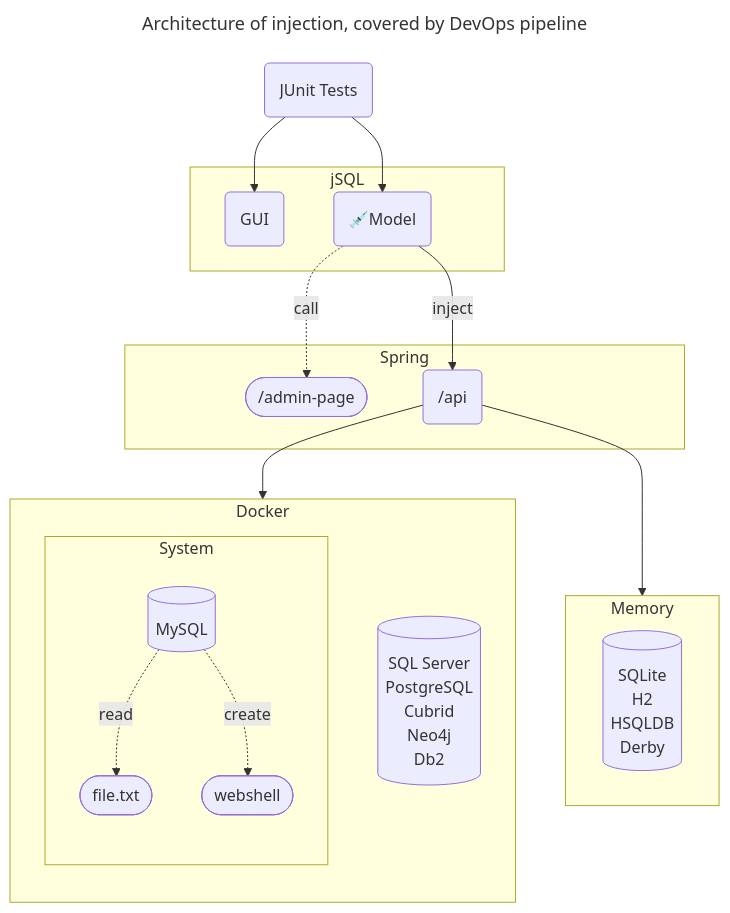
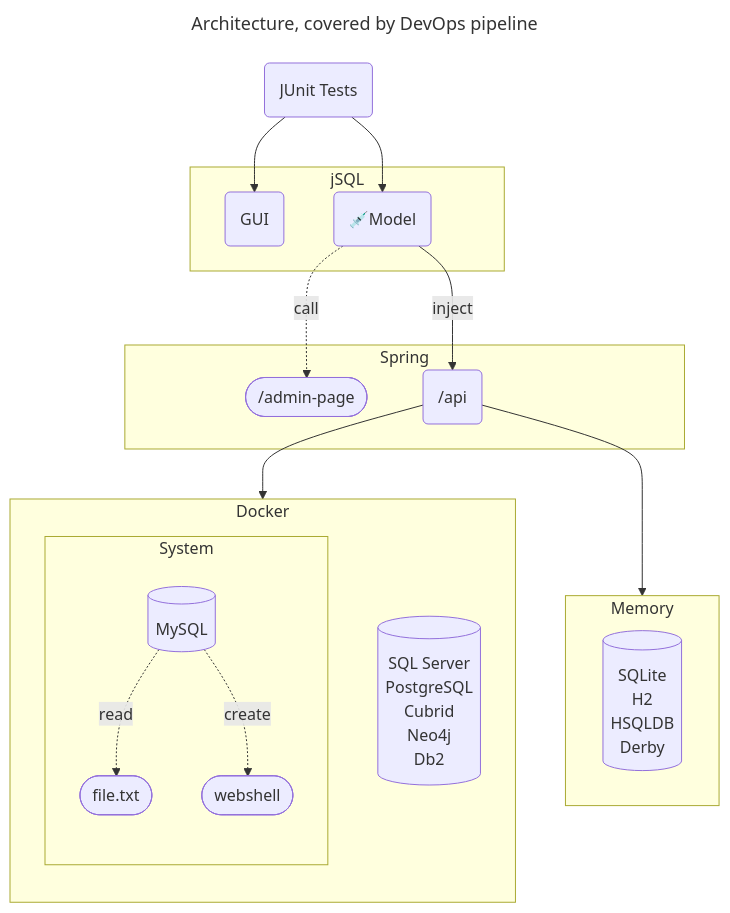
The diagram in README.md (ron190/jsql-injection), drawn with Mermaid before and after one commit. The commit also changed 3 other files, not shown here.

````diff
--- a/README.md
+++ b/README.md
@@ -43,35 +43,35 @@
 ```mermaid
 ---
-title: Architecture of injection, covered by DevOps pipeline
+title: Architecture, covered by DevOps pipeline
 ---
 graph
 junit-test(JUnit Tests)
 subgraph "jSQL"
     gui(GUI)
     inject-model("💉Model")
 end
 subgraph Spring
     admin-page([/admin-page])
     spring-apis(/api)
 end
 subgraph Memory
     memory-other[(SQLite\nH2\nHSQLDB\nDerby)]   
 end
 subgraph Docker
     direction TB
     subgraph System
         direction TB
         mysql[(MySQL)]
         file.txt(["file.txt"])   
         webshell(["webshell"])   
     end   
     docker-other[(SQL Server\nPostgreSQL\nCubrid\nNeo4j\nDb2)]   
 end
 junit-test --> inject-model & gui
 inject-model -. "call" .-> admin-page
 inject-model -- inject --> spring-apis
 spring-apis --> Docker
 spring-apis --> Memory
 mysql -. read .-> file.txt
 mysql -. create .-> webshell
 ```
````
